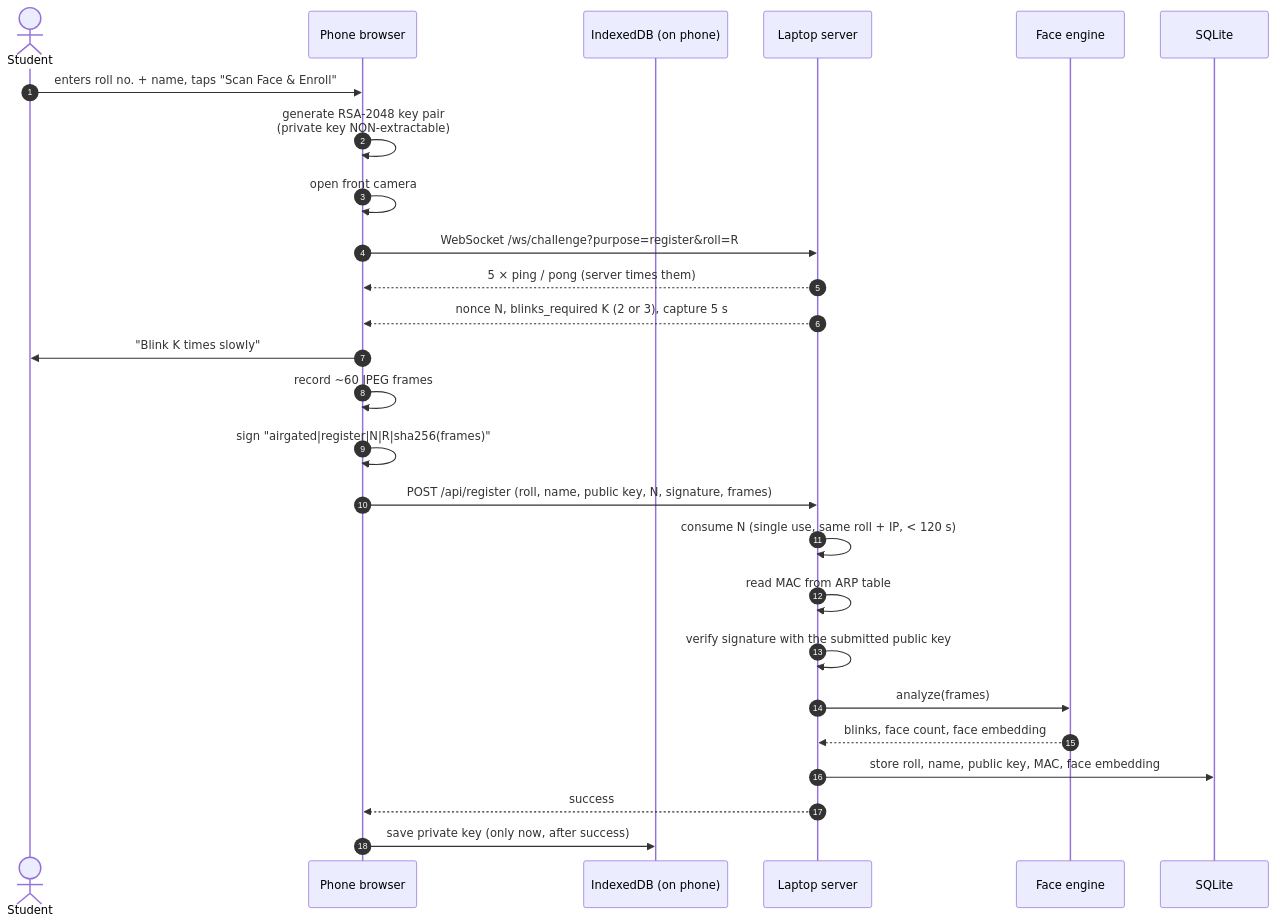
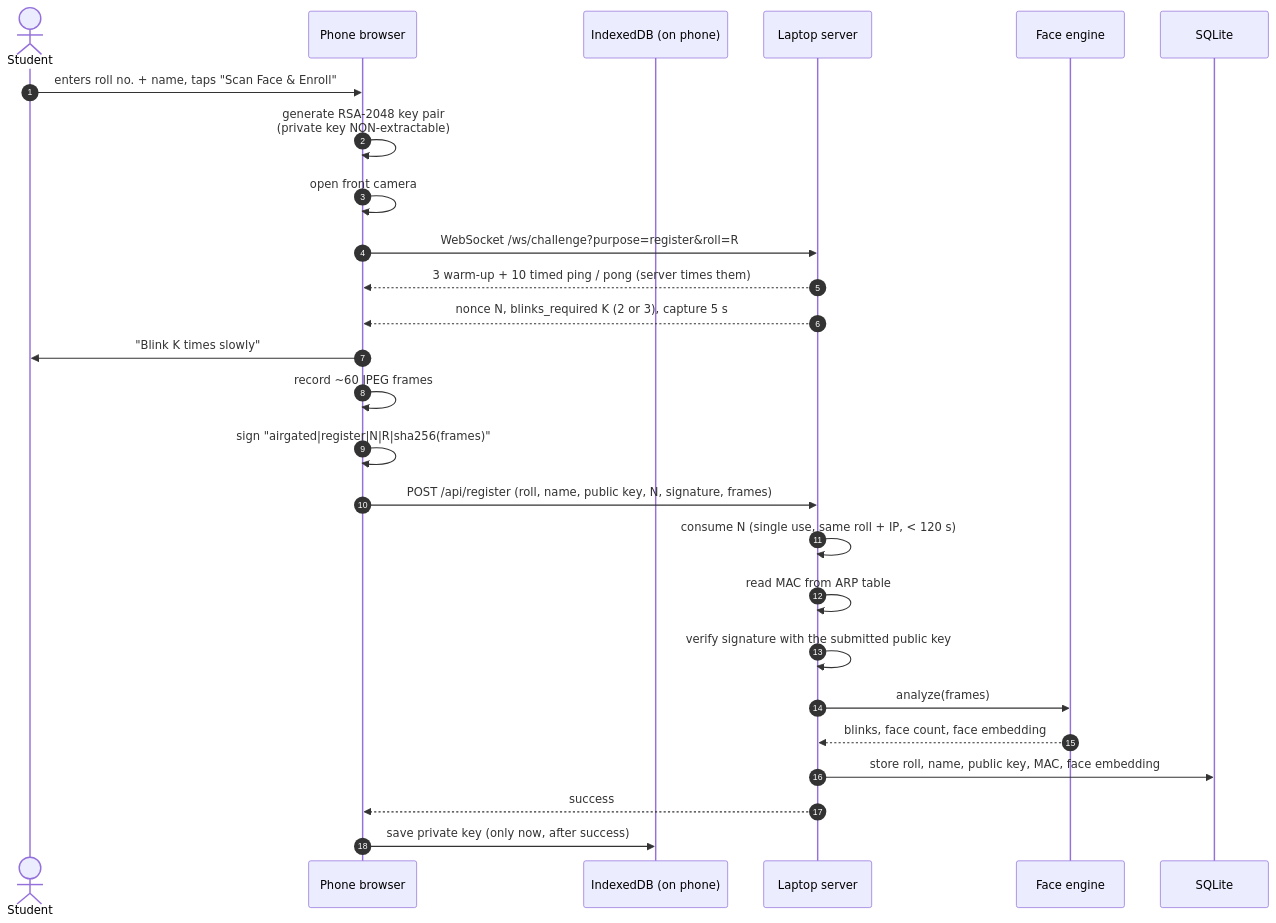
One commit to unexperiencedone/airgated- changed the fourth of 10 diagrams in README.md. Above: the diagram before and after it, drawn with Mermaid. The commit also changed other lines of this file and 2 other files, not shown here.

````diff
--- a/README.md
+++ b/README.md
@@ -132,29 +132,29 @@
 ```mermaid
 sequenceDiagram
     autonumber
     actor S as Student
     participant B as Phone browser
     participant IDB as IndexedDB (on phone)
     participant SV as Laptop server
     participant FE as Face engine
     participant DB as SQLite
 
     S->>B: enters roll no. + name, taps "Scan Face & Enroll"
     B->>B: generate RSA-2048 key pair<br/>(private key NON-extractable)
     B->>B: open front camera
     B->>SV: WebSocket /ws/challenge?purpose=register&roll=R
-    SV-->>B: 5 × ping / pong (server times them)
+    SV-->>B: 3 warm-up + 10 timed ping / pong (server times them)
     SV-->>B: nonce N, blinks_required K (2 or 3), capture 5 s
     B->>S: "Blink K times slowly"
     B->>B: record ~60 JPEG frames
     B->>B: sign "airgated|register|N|R|sha256(frames)"
     B->>SV: POST /api/register (roll, name, public key, N, signature, frames)
     SV->>SV: consume N (single use, same roll + IP, < 120 s)
     SV->>SV: read MAC from ARP table
     SV->>SV: verify signature with the submitted public key
     SV->>FE: analyze(frames)
     FE-->>SV: blinks, face count, face embedding
     SV->>DB: store roll, name, public key, MAC, face embedding
     SV-->>B: success
     B->>IDB: save private key (only now, after success)
 ```
````
